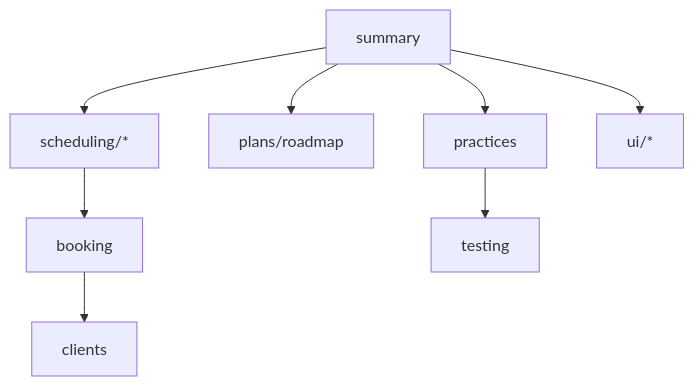
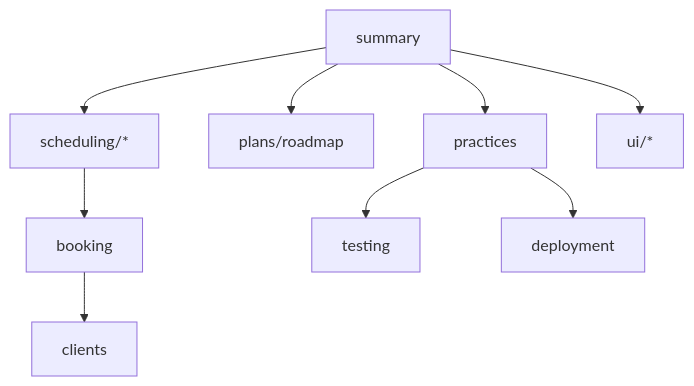
The diagram in lode/lode-map.md (joeterlecki/chairflow), drawn with Mermaid before and after one commit. The commit also changed other lines of this file and 3 other files, not shown here.

````diff
--- a/lode/lode-map.md
+++ b/lode/lode-map.md
@@ -34,10 +36,11 @@
 ```mermaid
 flowchart TD
   S[summary] --> P[practices]
   S --> R[plans/roadmap]
   S --> SCH[scheduling/*]
   S --> UI[ui/*]
   SCH --> BK[booking]
   BK --> CL[clients]
   P --> TE[testing]
+  P --> DEP[deployment]
 ```
````
